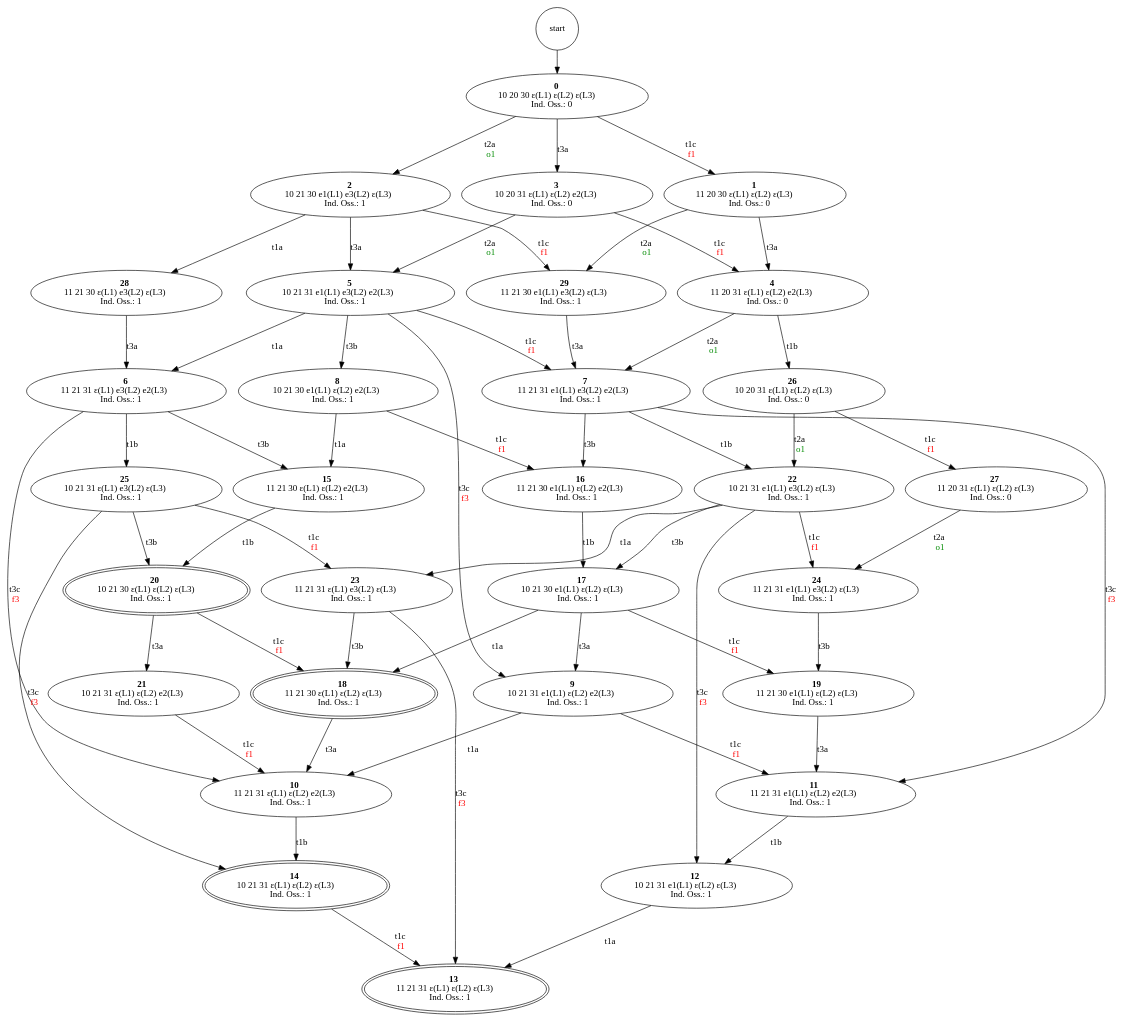
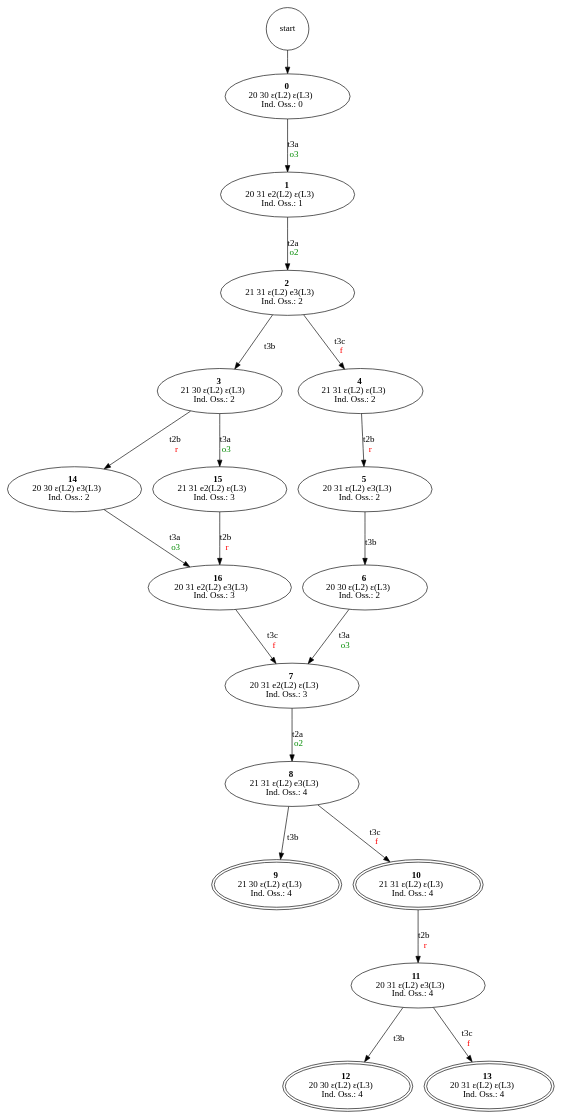
One commit to frashpikass/diagnosiRegex changed the diagram in outputs/001_SCOL.gv. Above: the diagram before and after it, drawn with Graphviz. The commit also changed 87 other files, not shown here.

```diff
--- a/outputs/001_SCOL.gv
+++ b/outputs/001_SCOL.gv
@@ -1,92 +1,42 @@
 digraph SpazioComportamentale {
     // ARCHI
     start	->	n0
-	n0	->	n1 [label=<<br/>t1c<br/><font color="red">f1</font>>]
-	n0	->	n2 [label=<<br/>t2a<br/><font color="green4">o1</font>>]
-	n0	->	n3 [label=<<br/>t3a>]
-	n1	->	n29 [label=<<br/>t2a<br/><font color="green4">o1</font>>]
-	n1	->	n4 [label=<<br/>t3a>]
-	n2	->	n28 [label=<<br/>t1a>]
-	n2	->	n29 [label=<<br/>t1c<br/><font color="red">f1</font>>]
-	n2	->	n5 [label=<<br/>t3a>]
-	n3	->	n4 [label=<<br/>t1c<br/><font color="red">f1</font>>]
-	n3	->	n5 [label=<<br/>t2a<br/><font color="green4">o1</font>>]
-	n4	->	n26 [label=<<br/>t1b>]
-	n4	->	n7 [label=<<br/>t2a<br/><font color="green4">o1</font>>]
-	n5	->	n6 [label=<<br/>t1a>]
-	n5	->	n7 [label=<<br/>t1c<br/><font color="red">f1</font>>]
-	n5	->	n8 [label=<<br/>t3b>]
-	n5	->	n9 [label=<<br/>t3c<br/><font color="red">f3</font>>]
-	n6	->	n25 [label=<<br/>t1b>]
-	n6	->	n15 [label=<<br/>t3b>]
-	n6	->	n10 [label=<<br/>t3c<br/><font color="red">f3</font>>]
-	n7	->	n22 [label=<<br/>t1b>]
-	n7	->	n16 [label=<<br/>t3b>]
-	n7	->	n11 [label=<<br/>t3c<br/><font color="red">f3</font>>]
-	n8	->	n15 [label=<<br/>t1a>]
-	n8	->	n16 [label=<<br/>t1c<br/><font color="red">f1</font>>]
-	n9	->	n10 [label=<<br/>t1a>]
-	n9	->	n11 [label=<<br/>t1c<br/><font color="red">f1</font>>]
-	n10	->	n14 [label=<<br/>t1b>]
-	n11	->	n12 [label=<<br/>t1b>]
-	n12	->	n13 [label=<<br/>t1a>]
-	n14	->	n13 [label=<<br/>t1c<br/><font color="red">f1</font>>]
-	n15	->	n20 [label=<<br/>t1b>]
-	n16	->	n17 [label=<<br/>t1b>]
-	n17	->	n18 [label=<<br/>t1a>]
-	n17	->	n19 [label=<<br/>t1c<br/><font color="red">f1</font>>]
-	n17	->	n9 [label=<<br/>t3a>]
-	n18	->	n10 [label=<<br/>t3a>]
-	n19	->	n11 [label=<<br/>t3a>]
-	n20	->	n18 [label=<<br/>t1c<br/><font color="red">f1</font>>]
-	n20	->	n21 [label=<<br/>t3a>]
-	n21	->	n10 [label=<<br/>t1c<br/><font color="red">f1</font>>]
-	n22	->	n23 [label=<<br/>t1a>]
-	n22	->	n24 [label=<<br/>t1c<br/><font color="red">f1</font>>]
-	n22	->	n17 [label=<<br/>t3b>]
-	n22	->	n12 [label=<<br/>t3c<br/><font color="red">f3</font>>]
-	n23	->	n18 [label=<<br/>t3b>]
-	n23	->	n13 [label=<<br/>t3c<br/><font color="red">f3</font>>]
-	n24	->	n19 [label=<<br/>t3b>]
-	n25	->	n23 [label=<<br/>t1c<br/><font color="red">f1</font>>]
-	n25	->	n20 [label=<<br/>t3b>]
-	n25	->	n14 [label=<<br/>t3c<br/><font color="red">f3</font>>]
-	n26	->	n27 [label=<<br/>t1c<br/><font color="red">f1</font>>]
-	n26	->	n22 [label=<<br/>t2a<br/><font color="green4">o1</font>>]
-	n27	->	n24 [label=<<br/>t2a<br/><font color="green4">o1</font>>]
-	n28	->	n6 [label=<<br/>t3a>]
-	n29	->	n7 [label=<<br/>t3a>]
+	n0	->	n1 [label=<<br/>t3a<br/><font color="green4">o3</font>>]
+	n1	->	n2 [label=<<br/>t2a<br/><font color="green4">o2</font>>]
+	n2	->	n3 [label=<<br/>t3b>]
+	n2	->	n4 [label=<<br/>t3c<br/><font color="red">f</font>>]
+	n3	->	n14 [label=<<br/>t2b<br/><font color="red">r</font>>]
+	n3	->	n15 [label=<<br/>t3a<br/><font color="green4">o3</font>>]
+	n4	->	n5 [label=<<br/>t2b<br/><font color="red">r</font>>]
+	n5	->	n6 [label=<<br/>t3b>]
+	n6	->	n7 [label=<<br/>t3a<br/><font color="green4">o3</font>>]
+	n7	->	n8 [label=<<br/>t2a<br/><font color="green4">o2</font>>]
+	n8	->	n9 [label=<<br/>t3b>]
+	n8	->	n10 [label=<<br/>t3c<br/><font color="red">f</font>>]
+	n10	->	n11 [label=<<br/>t2b<br/><font color="red">r</font>>]
+	n11	->	n12 [label=<<br/>t3b>]
+	n11	->	n13 [label=<<br/>t3c<br/><font color="red">f</font>>]
+	n14	->	n16 [label=<<br/>t3a<br/><font color="green4">o3</font>>]
+	n15	->	n16 [label=<<br/>t2b<br/><font color="red">r</font>>]
+	n16	->	n7 [label=<<br/>t3c<br/><font color="red">f</font>>]
 
     // NODI
     start[shape="circle"]
-	n0 [label=<<b>0</b><br/>10 20 30 ε(L1) ε(L2) ε(L3)<br/>Ind. Oss.: 0>]
-	n1 [label=<<b>1</b><br/>11 20 30 ε(L1) ε(L2) ε(L3)<br/>Ind. Oss.: 0>]
-	n2 [label=<<b>2</b><br/>10 21 30 e1(L1) e3(L2) ε(L3)<br/>Ind. Oss.: 1>]
-	n3 [label=<<b>3</b><br/>10 20 31 ε(L1) ε(L2) e2(L3)<br/>Ind. Oss.: 0>]
-	n4 [label=<<b>4</b><br/>11 20 31 ε(L1) ε(L2) e2(L3)<br/>Ind. Oss.: 0>]
-	n5 [label=<<b>5</b><br/>10 21 31 e1(L1) e3(L2) e2(L3)<br/>Ind. Oss.: 1>]
-	n6 [label=<<b>6</b><br/>11 21 31 ε(L1) e3(L2) e2(L3)<br/>Ind. Oss.: 1>]
-	n7 [label=<<b>7</b><br/>11 21 31 e1(L1) e3(L2) e2(L3)<br/>Ind. Oss.: 1>]
-	n8 [label=<<b>8</b><br/>10 21 30 e1(L1) ε(L2) e2(L3)<br/>Ind. Oss.: 1>]
-	n9 [label=<<b>9</b><br/>10 21 31 e1(L1) ε(L2) e2(L3)<br/>Ind. Oss.: 1>]
-	n10 [label=<<b>10</b><br/>11 21 31 ε(L1) ε(L2) e2(L3)<br/>Ind. Oss.: 1>]
-	n11 [label=<<b>11</b><br/>11 21 31 e1(L1) ε(L2) e2(L3)<br/>Ind. Oss.: 1>]
-	n12 [label=<<b>12</b><br/>10 21 31 e1(L1) ε(L2) ε(L3)<br/>Ind. Oss.: 1>]
-	n13 [label=<<b>13</b><br/>11 21 31 ε(L1) ε(L2) ε(L3)<br/>Ind. Oss.: 1> peripheries=2]
-	n14 [label=<<b>14</b><br/>10 21 31 ε(L1) ε(L2) ε(L3)<br/>Ind. Oss.: 1> peripheries=2]
-	n15 [label=<<b>15</b><br/>11 21 30 ε(L1) ε(L2) e2(L3)<br/>Ind. Oss.: 1>]
-	n16 [label=<<b>16</b><br/>11 21 30 e1(L1) ε(L2) e2(L3)<br/>Ind. Oss.: 1>]
-	n17 [label=<<b>17</b><br/>10 21 30 e1(L1) ε(L2) ε(L3)<br/>Ind. Oss.: 1>]
-	n18 [label=<<b>18</b><br/>11 21 30 ε(L1) ε(L2) ε(L3)<br/>Ind. Oss.: 1> peripheries=2]
-	n19 [label=<<b>19</b><br/>11 21 30 e1(L1) ε(L2) ε(L3)<br/>Ind. Oss.: 1>]
-	n20 [label=<<b>20</b><br/>10 21 30 ε(L1) ε(L2) ε(L3)<br/>Ind. Oss.: 1> peripheries=2]
-	n21 [label=<<b>21</b><br/>10 21 31 ε(L1) ε(L2) e2(L3)<br/>Ind. Oss.: 1>]
-	n22 [label=<<b>22</b><br/>10 21 31 e1(L1) e3(L2) ε(L3)<br/>Ind. Oss.: 1>]
-	n23 [label=<<b>23</b><br/>11 21 31 ε(L1) e3(L2) ε(L3)<br/>Ind. Oss.: 1>]
-	n24 [label=<<b>24</b><br/>11 21 31 e1(L1) e3(L2) ε(L3)<br/>Ind. Oss.: 1>]
-	n25 [label=<<b>25</b><br/>10 21 31 ε(L1) e3(L2) ε(L3)<br/>Ind. Oss.: 1>]
-	n26 [label=<<b>26</b><br/>10 20 31 ε(L1) ε(L2) ε(L3)<br/>Ind. Oss.: 0>]
-	n27 [label=<<b>27</b><br/>11 20 31 ε(L1) ε(L2) ε(L3)<br/>Ind. Oss.: 0>]
-	n28 [label=<<b>28</b><br/>11 21 30 ε(L1) e3(L2) ε(L3)<br/>Ind. Oss.: 1>]
-	n29 [label=<<b>29</b><br/>11 21 30 e1(L1) e3(L2) ε(L3)<br/>Ind. Oss.: 1>]
+	n0 [label=<<b>0</b><br/>20 30 ε(L2) ε(L3)<br/>Ind. Oss.: 0>]
+	n1 [label=<<b>1</b><br/>20 31 e2(L2) ε(L3)<br/>Ind. Oss.: 1>]
+	n2 [label=<<b>2</b><br/>21 31 ε(L2) e3(L3)<br/>Ind. Oss.: 2>]
+	n3 [label=<<b>3</b><br/>21 30 ε(L2) ε(L3)<br/>Ind. Oss.: 2>]
+	n4 [label=<<b>4</b><br/>21 31 ε(L2) ε(L3)<br/>Ind. Oss.: 2>]
+	n5 [label=<<b>5</b><br/>20 31 ε(L2) e3(L3)<br/>Ind. Oss.: 2>]
+	n6 [label=<<b>6</b><br/>20 30 ε(L2) ε(L3)<br/>Ind. Oss.: 2>]
+	n7 [label=<<b>7</b><br/>20 31 e2(L2) ε(L3)<br/>Ind. Oss.: 3>]
+	n8 [label=<<b>8</b><br/>21 31 ε(L2) e3(L3)<br/>Ind. Oss.: 4>]
+	n9 [label=<<b>9</b><br/>21 30 ε(L2) ε(L3)<br/>Ind. Oss.: 4> peripheries=2]
+	n10 [label=<<b>10</b><br/>21 31 ε(L2) ε(L3)<br/>Ind. Oss.: 4> peripheries=2]
+	n11 [label=<<b>11</b><br/>20 31 ε(L2) e3(L3)<br/>Ind. Oss.: 4>]
+	n12 [label=<<b>12</b><br/>20 30 ε(L2) ε(L3)<br/>Ind. Oss.: 4> peripheries=2]
+	n13 [label=<<b>13</b><br/>20 31 ε(L2) ε(L3)<br/>Ind. Oss.: 4> peripheries=2]
+	n14 [label=<<b>14</b><br/>20 30 ε(L2) e3(L3)<br/>Ind. Oss.: 2>]
+	n15 [label=<<b>15</b><br/>21 31 e2(L2) ε(L3)<br/>Ind. Oss.: 3>]
+	n16 [label=<<b>16</b><br/>20 31 e2(L2) e3(L3)<br/>Ind. Oss.: 3>]
 }
```
